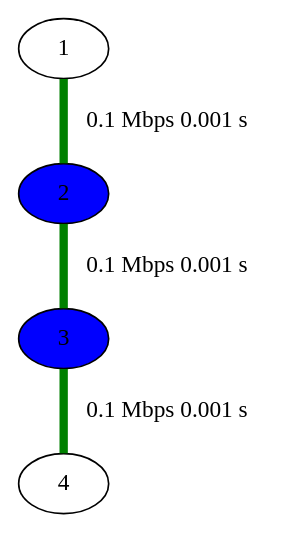
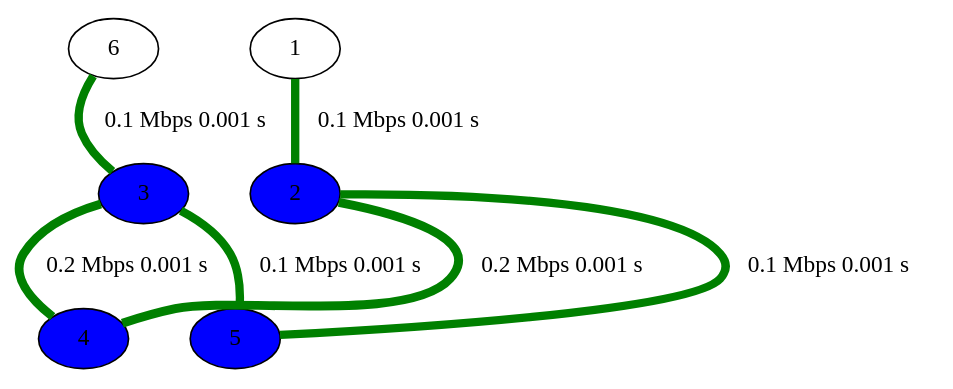
The diagram in network.gv (nonononoka/ntSimulator), drawn with Graphviz before and after one commit. The commit also changed 9 other files, not shown here.

```diff
--- a/network.gv
+++ b/network.gv
@@ -1,30 +1,52 @@
 strict graph {
 
+
+	"6" [  weight=0 ];
+
+	"6" -- "3" [ color="green", label="0.1 Mbps 0.001 s
+", penwidth="5.00",  weight=0 ];
 
 	"1" [  weight=0 ];
 
 	"1" -- "2" [ color="green", label="0.1 Mbps 0.001 s
 ", penwidth="5.00",  weight=0 ];
 
 	"2" [ fillcolor="blue", style="filled",  weight=0 ];
 
 	"2" -- "1" [ color="green", label="0.1 Mbps 0.001 s
 ", penwidth="5.00",  weight=0 ];
 
-	"2" -- "3" [ color="green", label="0.1 Mbps 0.001 s
+	"2" -- "4" [ color="green", label="0.2 Mbps 0.001 s
+", penwidth="5.30",  weight=0 ];
+
+	"2" -- "5" [ color="green", label="0.1 Mbps 0.001 s
 ", penwidth="5.00",  weight=0 ];
 
 	"3" [ fillcolor="blue", style="filled",  weight=0 ];
 
-	"3" -- "2" [ color="green", label="0.1 Mbps 0.001 s
+	"3" -- "5" [ color="green", label="0.1 Mbps 0.001 s
 ", penwidth="5.00",  weight=0 ];
 
-	"3" -- "4" [ color="green", label="0.1 Mbps 0.001 s
+	"3" -- "6" [ color="green", label="0.1 Mbps 0.001 s
 ", penwidth="5.00",  weight=0 ];
 
-	"4" [  weight=0 ];
+	"3" -- "4" [ color="green", label="0.2 Mbps 0.001 s
+", penwidth="5.30",  weight=0 ];
 
-	"4" -- "3" [ color="green", label="0.1 Mbps 0.001 s
+	"4" [ fillcolor="blue", style="filled",  weight=0 ];
+
+	"4" -- "3" [ color="green", label="0.2 Mbps 0.001 s
+", penwidth="5.30",  weight=0 ];
+
+	"4" -- "2" [ color="green", label="0.2 Mbps 0.001 s
+", penwidth="5.30",  weight=0 ];
+
+	"5" [ fillcolor="blue", style="filled",  weight=0 ];
+
+	"5" -- "2" [ color="green", label="0.1 Mbps 0.001 s
+", penwidth="5.00",  weight=0 ];
+
+	"5" -- "3" [ color="green", label="0.1 Mbps 0.001 s
 ", penwidth="5.00",  weight=0 ];
 
 }
```
